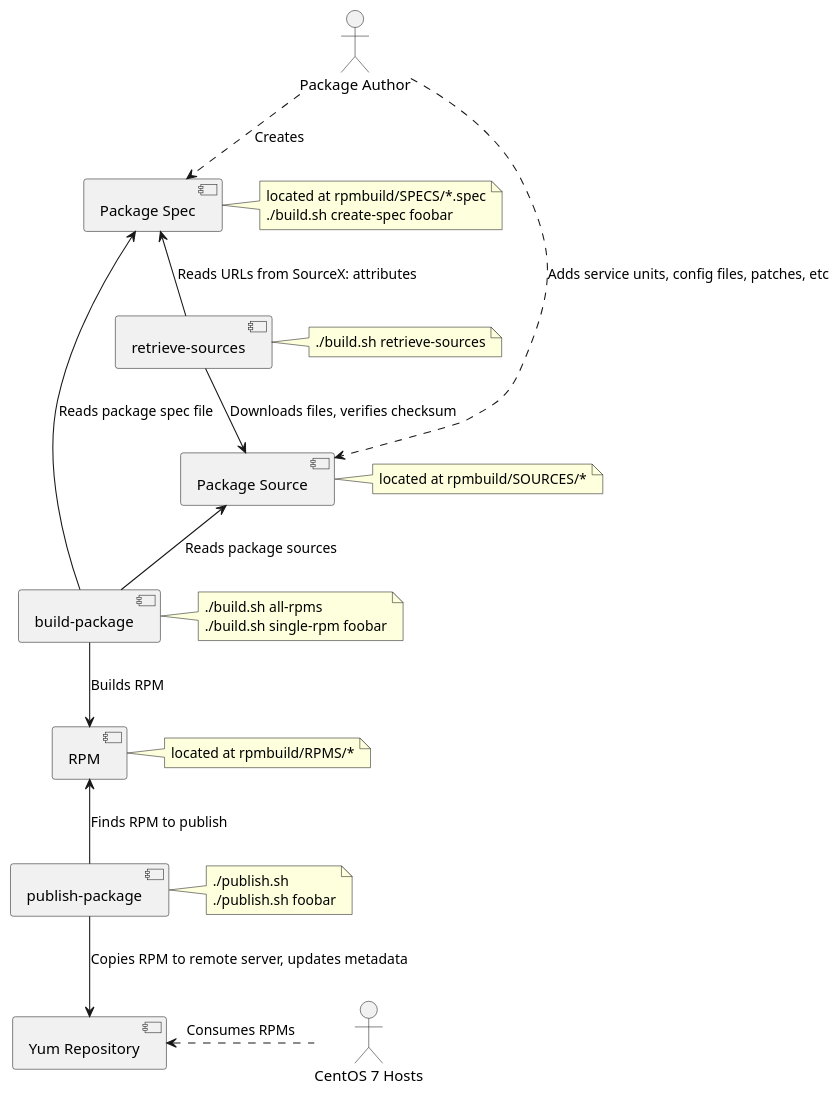
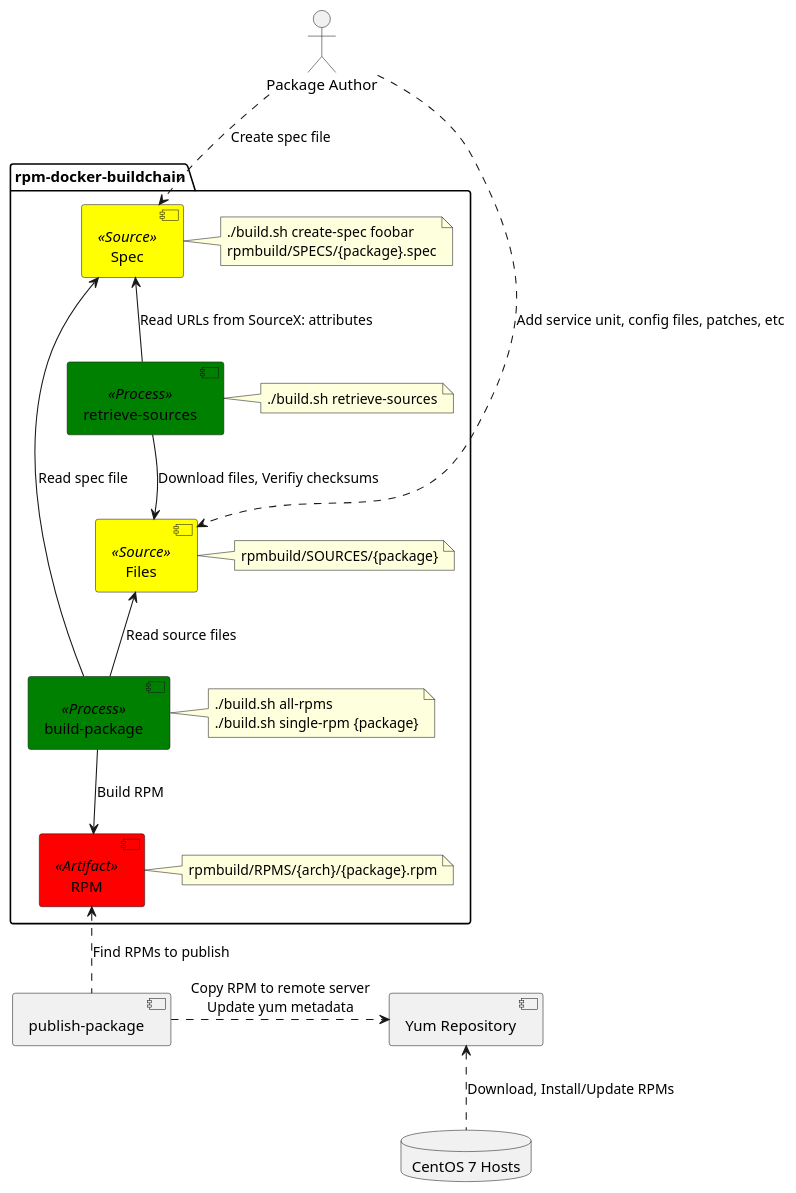
One commit to msteinhoff/rpm-docker-buildchain changed the diagram in docs/design.puml. Above: the diagram before and after it, drawn with PlantUML. The commit also changed 4 other files, not shown here.

```diff
--- a/docs/design.puml
+++ b/docs/design.puml
@@ -1,49 +1,55 @@
 @startuml
+skinparam component {
+    backgroundColor<<Source>> Yellow
+    backgroundColor<<Process>> Green
+    backgroundColor<<Artifact>> Red
+}
+
 actor "Package Author"
-[Package Spec]
-[Package Source]
-[RPM]
-[retrieve-sources]
-[build-package]
+package "rpm-docker-buildchain" {
+    [Spec] <<Source>>
+    [retrieve-sources] <<Process>>
+    [Files] <<Source>>
+    [build-package] <<Process>>
+    [RPM] <<Artifact>>
+
+    [Package Author] ..> [Spec] : Create spec file
+    [Package Author] ..> [Files] : Add service unit, config files, patches, etc
+    [Spec] <-- [retrieve-sources] : Read URLs from SourceX: attributes
+    [retrieve-sources] --> [Files] : Download files, Verifiy checksums
+    [Spec] <-- [build-package] : Read spec file
+    [Files] <-- [build-package] : Read source files
+    [build-package] --> [RPM] : Build RPM
+
+    note right of [Spec]
+        ./build.sh create-spec foobar
+        rpmbuild/SPECS/{package}.spec
+    end note
+
+    note right of [Files]
+        rpmbuild/SOURCES/{package}
+    end note
+
+    note right of [retrieve-sources]
+        ./build.sh retrieve-sources
+    end note
+
+    note right of [RPM]
+        rpmbuild/RPMS/{arch}/{package}.rpm
+    end note
+
+    note right of [build-package]
+        ./build.sh all-rpms
+        ./build.sh single-rpm {package}
+    end note
+}
+
 [publish-package]
 [Yum Repository]
-actor "CentOS 7 Hosts"
+database "CentOS 7 Hosts"
 
-[Package Author] ..> [Package Spec] : Creates
-[Package Author] ..> [Package Source] : Adds service units, config files, patches, etc
-[Package Spec] <-- [retrieve-sources] : Reads URLs from SourceX: attributes
-[retrieve-sources] --> [Package Source] : Downloads files, verifies checksum
-[Package Spec] <-- [build-package] : Reads package spec file
-[Package Source] <-- [build-package] : Reads package sources
-[build-package] --> [RPM] : Builds RPM
-[RPM] <-- [publish-package] : Finds RPM to publish
-[publish-package] --> [Yum Repository] : Copies RPM to remote server, updates metadata
-[CentOS 7 Hosts] .left.> [Yum Repository] : Consumes RPMs
+[RPM] <.. [publish-package] : Find RPMs to publish
+[publish-package] .right.> [Yum Repository] : Copy RPM to remote server\nUpdate yum metadata
+[CentOS 7 Hosts] .up.> [Yum Repository] : Download, Install/Update RPMs
 
-note right of [Package Spec]
-    located at rpmbuild/SPECS/*.spec
-    ./build.sh create-spec foobar
-end note
-
-note right of [Package Source]
-    located at rpmbuild/SOURCES/*
-end note
-
-note right of [retrieve-sources]
-    ./build.sh retrieve-sources
-end note
-
-note right of [RPM]
-    located at rpmbuild/RPMS/*
-end note
-
-note right of [build-package]
-    ./build.sh all-rpms
-    ./build.sh single-rpm foobar
-end note
-
-note right of [publish-package]
-    ./publish.sh
-    ./publish.sh foobar
-end note
 @enduml
```
